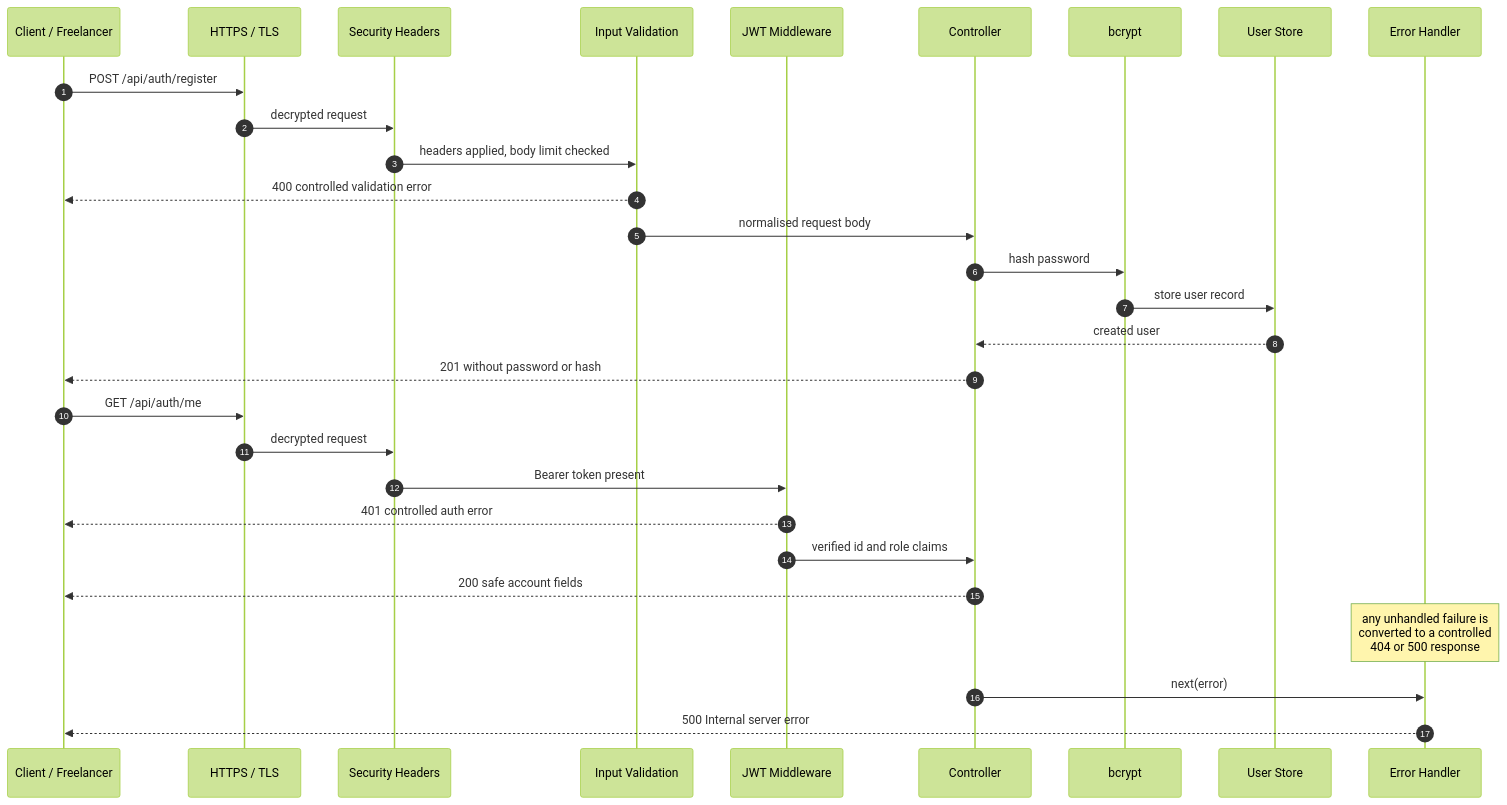
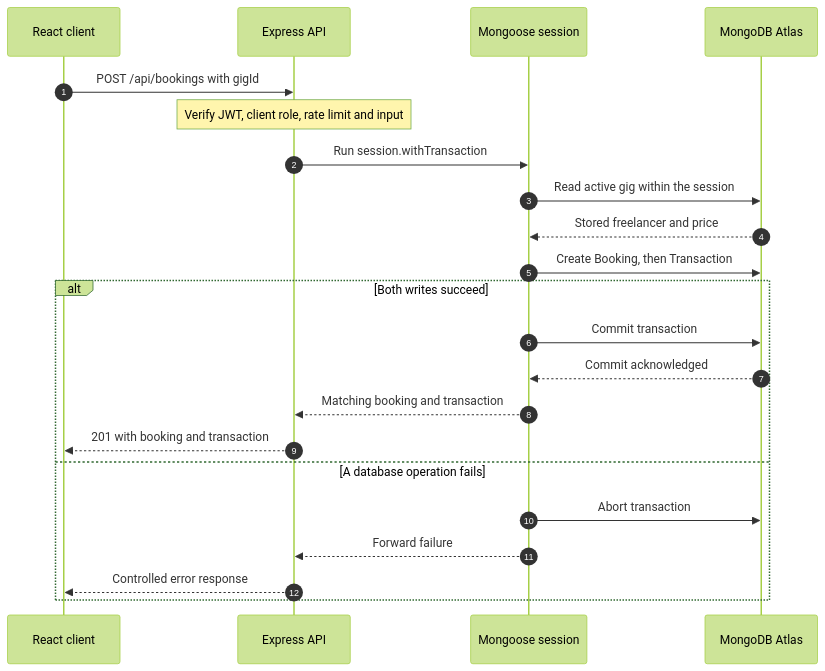
Before and after one commit to ST10437403-JamesMaherry/HustleHub-Plus: the third of 3 diagrams in docs/architecture/hustlehub-architecture.md, drawn with Mermaid (forest theme). The commit also changed other lines of this file and 1 other file, not shown here.

Commit message:
docs: update Part 2 architecture and trust boundaries

````diff
--- a/docs/architecture/hustlehub-architecture.md
+++ b/docs/architecture/hustlehub-architecture.md
@@ -154,34 +283,26 @@
 ```mermaid
 sequenceDiagram
     autonumber
-    participant U as Client / Freelancer
-    participant T as HTTPS / TLS
-    participant H as Security Headers
-    participant V as Input Validation
-    participant J as JWT Middleware
-    participant C as Controller
-    participant B as bcrypt
-    participant S as User Store
-    participant E as Error Handler
+    participant R as React client
+    participant A as Express API
+    participant S as Mongoose session
+    participant D as MongoDB Atlas
 
-    U->>T: POST /api/auth/register
-    T->>H: decrypted request
-    H->>V: headers applied, body limit checked
-    V-->>U: 400 controlled validation error
-    V->>C: normalised request body
-    C->>B: hash password
-    B->>S: store user record
-    S-->>C: created user
-    C-->>U: 201 without password or hash
+    R->>A: POST /api/bookings with gigId
+    Note over A: Verify JWT, client role, rate limit and input
+    A->>S: Run session.withTransaction
+    S->>D: Read active gig within the session
+    D-->>S: Stored freelancer and price
+    S->>D: Create Booking, then Transaction
 
-    U->>T: GET /api/auth/me
-    T->>H: decrypted request
-    H->>J: Bearer token present
-    J-->>U: 401 controlled auth error
-    J->>C: verified id and role claims
-    C-->>U: 200 safe account fields
-
-    Note over E: any unhandled failure is<br/>converted to a controlled<br/>404 or 500 response
-    C->>E: next(error)
-    E-->>U: 500 Internal server error
+    alt Both writes succeed
+        S->>D: Commit transaction
+        D-->>S: Commit acknowledged
+        S-->>A: Matching booking and transaction
+        A-->>R: 201 with booking and transaction
+    else A database operation fails
+        S->>D: Abort transaction
+        S-->>A: Forward failure
+        A-->>R: Controlled error response
+    end
 ```
````
